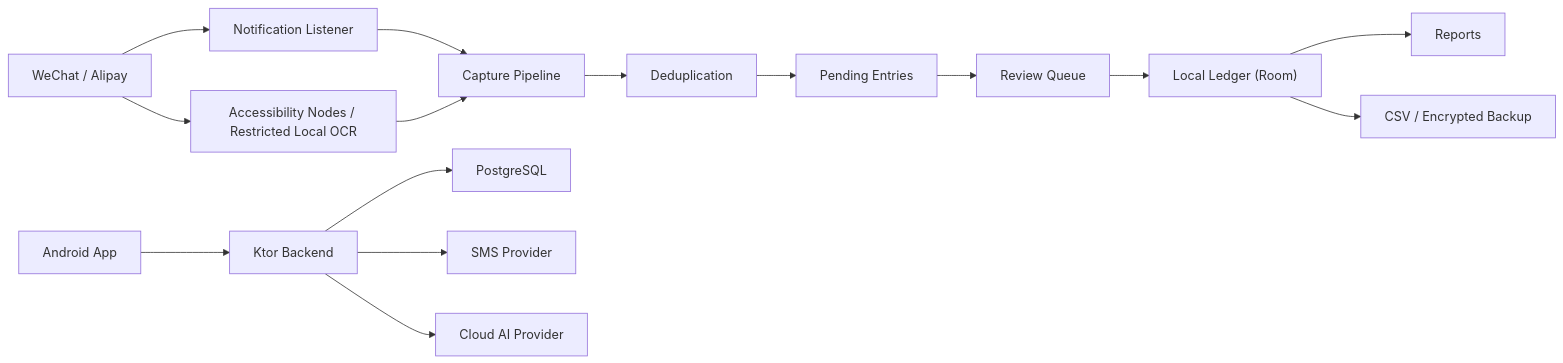
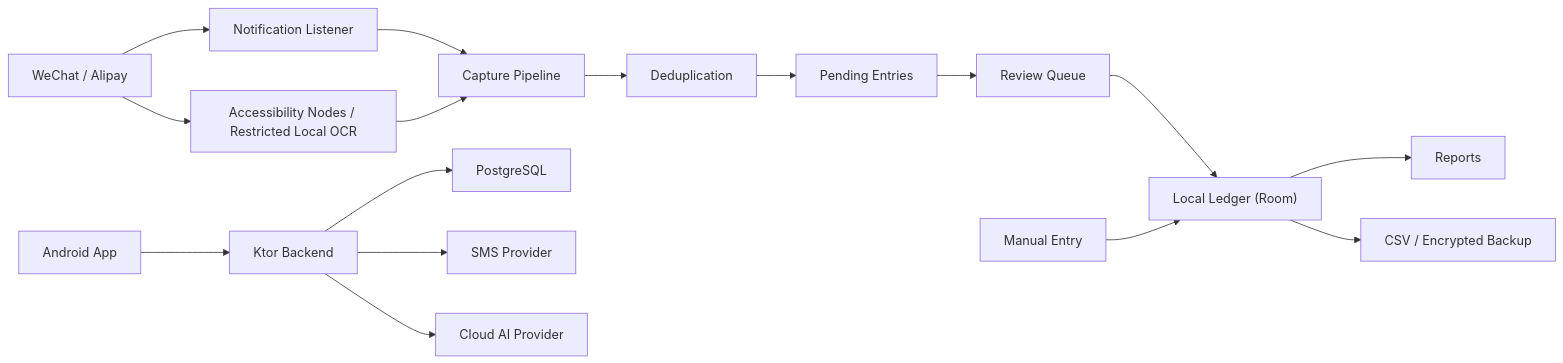
One commit to arfa069/auto-accounting changed the diagram in docs/ARCHITECTURE.md. Above: the diagram before and after it, drawn with Mermaid. The commit also changed other lines of this file and 29 other files, not shown here.

````diff
--- a/docs/ARCHITECTURE.md
+++ b/docs/ARCHITECTURE.md
@@ -9,17 +9,18 @@
 ```mermaid
 flowchart LR
   WeChat["WeChat / Alipay"] --> Notify["Notification Listener"]
   WeChat --> A11y["Accessibility Nodes / Restricted Local OCR"]
   Notify --> Capture["Capture Pipeline"]
   A11y --> Capture
   Capture --> Dedupe["Deduplication"]
   Dedupe --> Pending["Pending Entries"]
   Pending --> Review["Review Queue"]
   Review --> Ledger["Local Ledger (Room)"]
+  Manual["Manual Entry"] --> Ledger
   Ledger --> Reports["Reports"]
   Ledger --> Export["CSV / Encrypted Backup"]
   App["Android App"] --> Backend["Ktor Backend"]
   Backend --> PG["PostgreSQL"]
   Backend --> SMS["SMS Provider"]
   Backend --> AI["Cloud AI Provider"]
 ```
````
